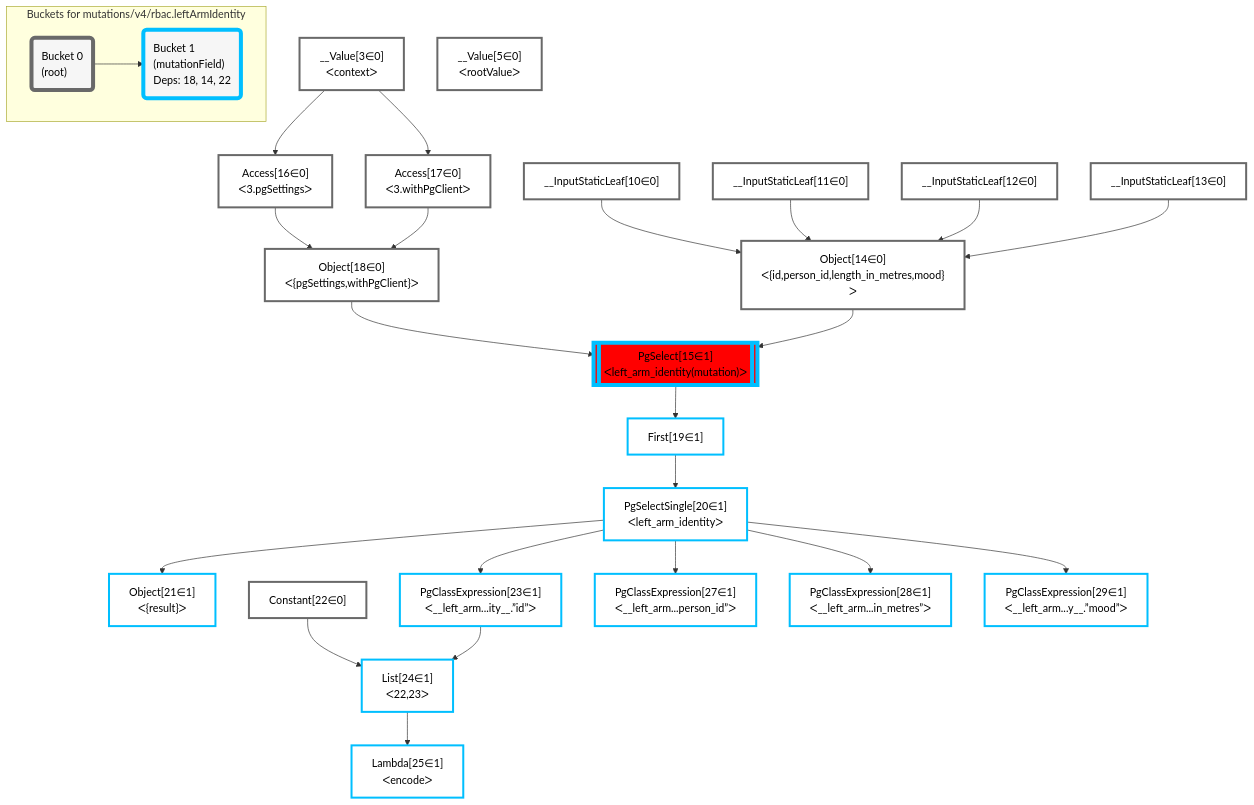
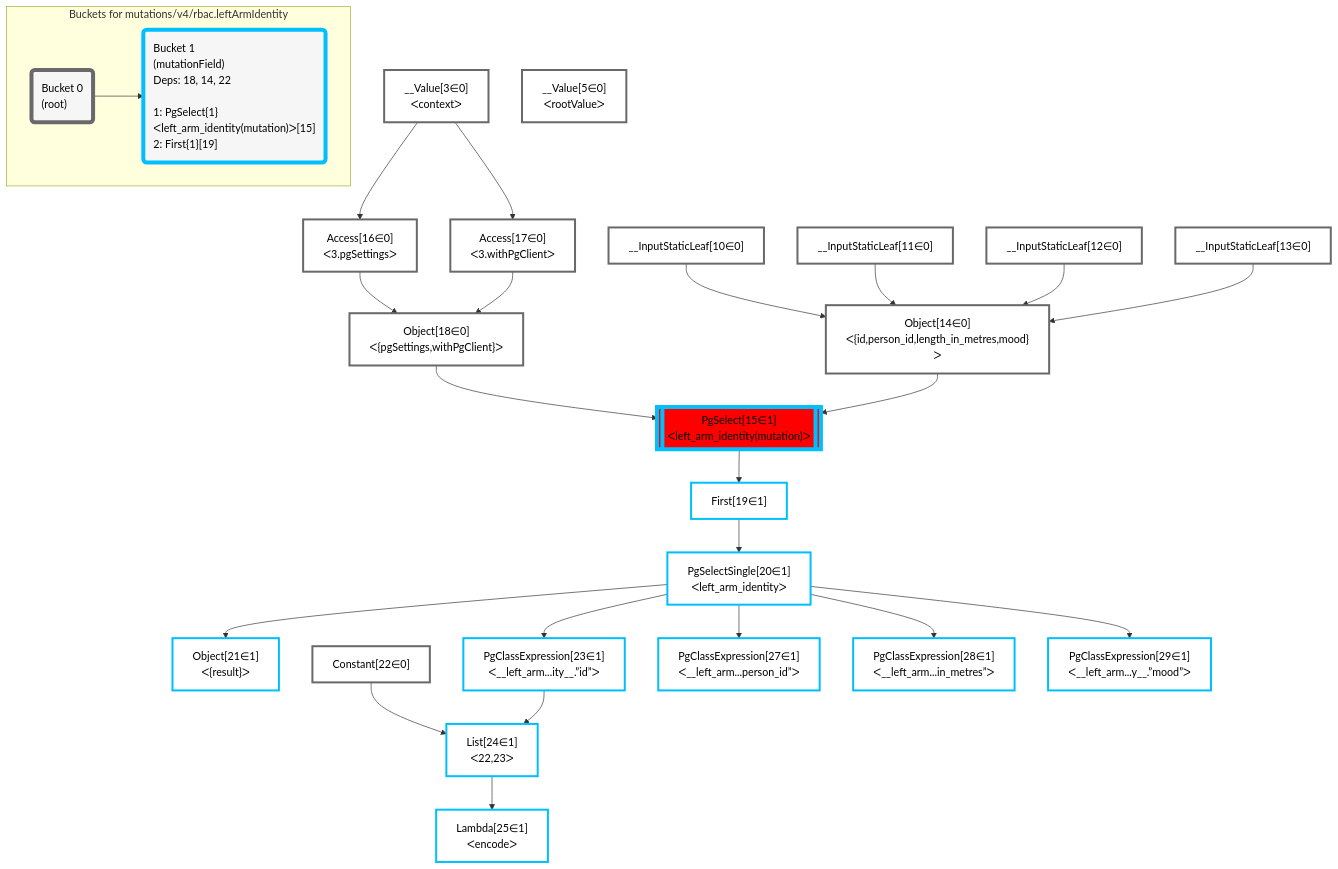
One commit to graphile/crystal changed the diagram in packages/postgraphile/__tests__/mutations/v4/rbac.leftArmIdentity.mermaid. Above: the diagram before and after it, drawn with Mermaid. The commit also changed 27 other files, not shown here.

```diff
--- a/packages/postgraphile/__tests__/mutations/v4/rbac.leftArmIdentity.mermaid
+++ b/packages/postgraphile/__tests__/mutations/v4/rbac.leftArmIdentity.mermaid
@@ -1,58 +1,58 @@
 graph TD
     classDef path fill:#eee,stroke:#000,color:#000
     classDef plan fill:#fff,stroke-width:3px,color:#000
     classDef itemplan fill:#fff,stroke-width:6px,color:#000
     classDef sideeffectplan fill:#f00,stroke-width:6px,color:#000
     classDef bucket fill:#f6f6f6,color:#000,stroke-width:6px,text-align:left
 
 
     %% define steps
     __Value3["__Value[3∈0]<br />ᐸcontextᐳ"]:::plan
     __Value5["__Value[5∈0]<br />ᐸrootValueᐳ"]:::plan
     __InputStaticLeaf10["__InputStaticLeaf[10∈0]"]:::plan
     __InputStaticLeaf11["__InputStaticLeaf[11∈0]"]:::plan
     __InputStaticLeaf12["__InputStaticLeaf[12∈0]"]:::plan
     __InputStaticLeaf13["__InputStaticLeaf[13∈0]"]:::plan
     Object14["Object[14∈0]<br />ᐸ{id,person_id,length_in_metres,mood}ᐳ"]:::plan
     Access16["Access[16∈0]<br />ᐸ3.pgSettingsᐳ"]:::plan
     Access17["Access[17∈0]<br />ᐸ3.withPgClientᐳ"]:::plan
     Object18["Object[18∈0]<br />ᐸ{pgSettings,withPgClient}ᐳ"]:::plan
     PgSelect15[["PgSelect[15∈1]<br />ᐸleft_arm_identity(mutation)ᐳ"]]:::sideeffectplan
     First19["First[19∈1]"]:::plan
     PgSelectSingle20["PgSelectSingle[20∈1]<br />ᐸleft_arm_identityᐳ"]:::plan
     Object21["Object[21∈1]<br />ᐸ{result}ᐳ"]:::plan
     Constant22["Constant[22∈0]"]:::plan
     PgClassExpression23["PgClassExpression[23∈1]<br />ᐸ__left_arm...ity__.”id”ᐳ"]:::plan
     List24["List[24∈1]<br />ᐸ22,23ᐳ"]:::plan
     Lambda25["Lambda[25∈1]<br />ᐸencodeᐳ"]:::plan
     PgClassExpression27["PgClassExpression[27∈1]<br />ᐸ__left_arm...person_id”ᐳ"]:::plan
     PgClassExpression28["PgClassExpression[28∈1]<br />ᐸ__left_arm...in_metres”ᐳ"]:::plan
     PgClassExpression29["PgClassExpression[29∈1]<br />ᐸ__left_arm...y__.”mood”ᐳ"]:::plan
 
     %% plan dependencies
     __InputStaticLeaf10 & __InputStaticLeaf11 & __InputStaticLeaf12 & __InputStaticLeaf13 --> Object14
     __Value3 --> Access16
     __Value3 --> Access17
     Access16 & Access17 --> Object18
     Object18 & Object14 --> PgSelect15
     PgSelect15 --> First19
     First19 --> PgSelectSingle20
     PgSelectSingle20 --> Object21
     PgSelectSingle20 --> PgClassExpression23
     Constant22 & PgClassExpression23 --> List24
     List24 --> Lambda25
     PgSelectSingle20 --> PgClassExpression27
     PgSelectSingle20 --> PgClassExpression28
     PgSelectSingle20 --> PgClassExpression29
 
     %% plan-to-path relationships
 
     subgraph "Buckets for mutations/v4/rbac.leftArmIdentity"
     Bucket0("Bucket 0<br />(root)"):::bucket
     classDef bucket0 stroke:#696969
     class Bucket0,__Value3,__Value5,__InputStaticLeaf10,__InputStaticLeaf11,__InputStaticLeaf12,__InputStaticLeaf13,Object14,Access16,Access17,Object18,Constant22 bucket0
-    Bucket1("Bucket 1<br />(mutationField)<br />Deps: 18, 14, 22"):::bucket
+    Bucket1("Bucket 1<br />(mutationField)<br />Deps: 18, 14, 22<br /><br />1: PgSelect{1}ᐸleft_arm_identity(mutation)ᐳ[15]<br />2: First{1}[19]"):::bucket
     classDef bucket1 stroke:#00bfff
     class Bucket1,PgSelect15,First19,PgSelectSingle20,Object21,PgClassExpression23,List24,Lambda25,PgClassExpression27,PgClassExpression28,PgClassExpression29 bucket1
     Bucket0 --> Bucket1
     end
```
